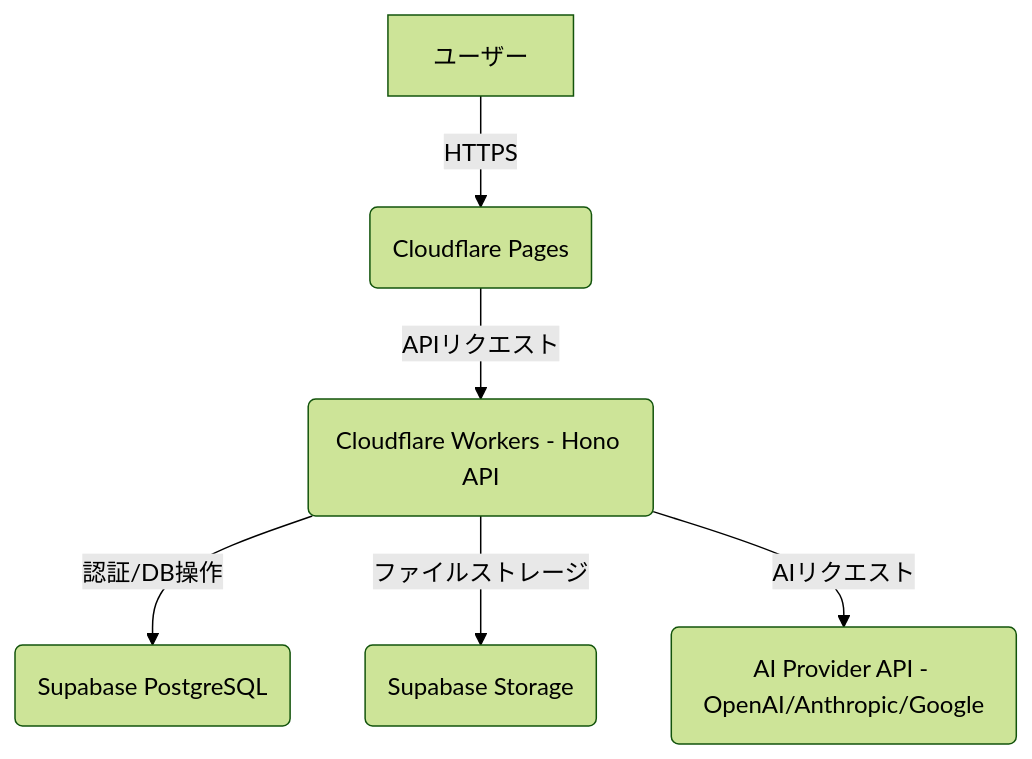
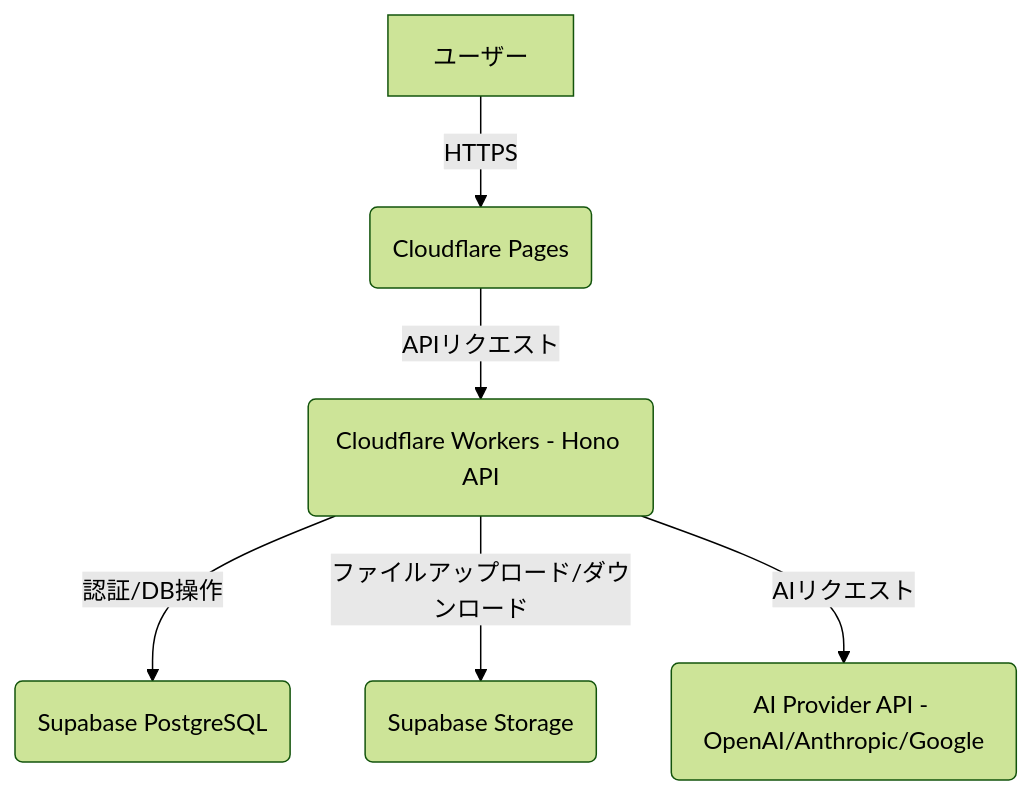
The diagram in docs/tsumikiri/tech-architecture.md (mokaland/toppa-inc), drawn with Mermaid (forest theme) before and after one commit. The commit also changed other lines of this file, not shown here.

````diff
--- a/docs/tsumikiri/tech-architecture.md
+++ b/docs/tsumikiri/tech-architecture.md
@@ -11,8 +11,8 @@
 ```mermaid
 graph TD
     A[ユーザー] -- HTTPS --> B(Cloudflare Pages)
     B -- APIリクエスト --> C(Cloudflare Workers - Hono API)
     C -- 認証/DB操作 --> D(Supabase PostgreSQL)
-    C -- ファイルストレージ --> E(Supabase Storage)
+    C -- ファイルアップロード/ダウンロード --> E(Supabase Storage)
     C -- AIリクエスト --> F(AI Provider API - OpenAI/Anthropic/Google)
 ```
````
